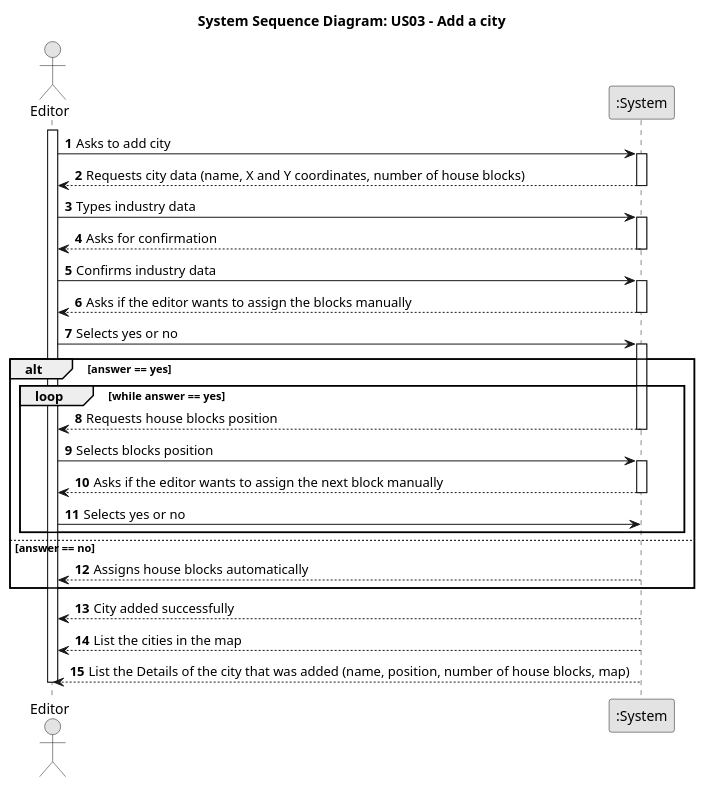
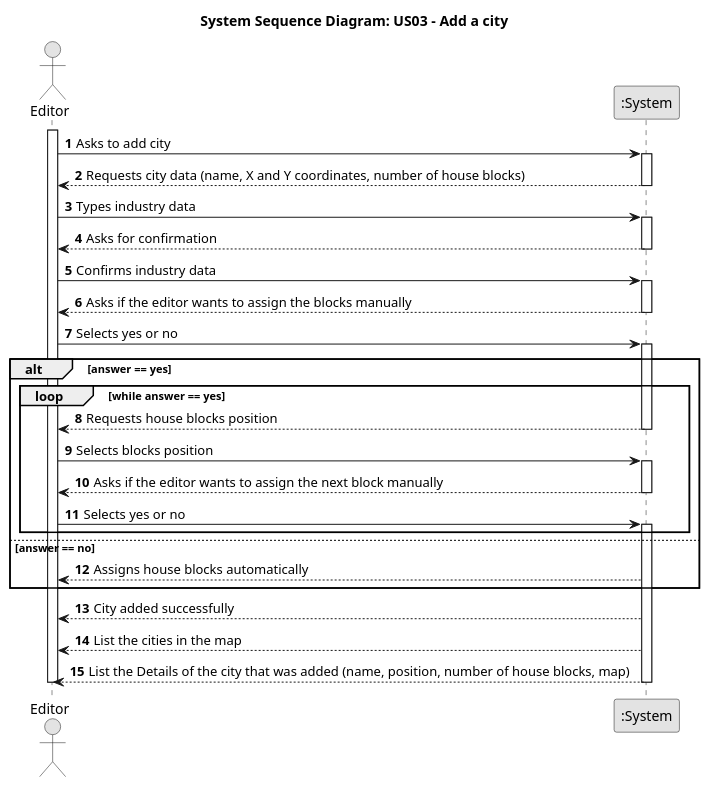
One commit to HenriqueSilva18/Railway-Network-Simulator changed the diagram in docs/system-documentation/Sprint 1/US03/01.requirements-engineering/puml/US003-SSD.puml. Above: the diagram before and after it, drawn with PlantUML. The commit also changed 9 other files, not shown here.

Commit message:
US07 & US03 - Fixing SSD Diagram Names, Changing Logic in SSD US07 and Fixing requirements md files #3 #7

```diff
--- a/docs/system-documentation/Sprint 1/US03/01.requirements-engineering/puml/US003-SSD.puml
+++ b/docs/system-documentation/Sprint 1/US03/01.requirements-engineering/puml/US003-SSD.puml
@@ -1,55 +1,56 @@
 @startuml
 title System Sequence Diagram: US03 - Add a city
 skinparam monochrome true
 skinparam packageStyle rectangle
 skinparam shadowing false
 
 autonumber
 
 actor "Editor" as Editor
 participant ":System" as System
 
 activate Editor
 Editor -> System : Asks to add city
         activate System
         System --> Editor: Requests city data (name, X and Y coordinates, number of house blocks)
         deactivate System
 
     Editor -> System: Types industry data
         activate System
         System --> Editor: Asks for confirmation
         deactivate System
 
     Editor -> System: Confirms industry data
         activate System
 System --> Editor : Asks if the editor wants to assign the blocks manually
 deactivate System
 Editor -> System : Selects yes or no
 activate System
 
 alt answer == yes
     loop while answer == yes
         System --> Editor : Requests house blocks position
         deactivate System
 
         Editor -> System : Selects blocks position
         activate System
         System --> Editor : Asks if the editor wants to assign the next block manually
         deactivate System
 
         Editor -> System : Selects yes or no
+        activate System
+
     end
 else answer == no
     System --> Editor : Assigns house blocks automatically
-    deactivate System
 end
 
 activate System
 
 System --> Editor : City added successfully
 System --> Editor : List the cities in the map
 System --> Editor : List the Details of the city that was added (name, position, number of house blocks, map)
 
 deactivate System
 deactivate Editor
 @enduml
```
